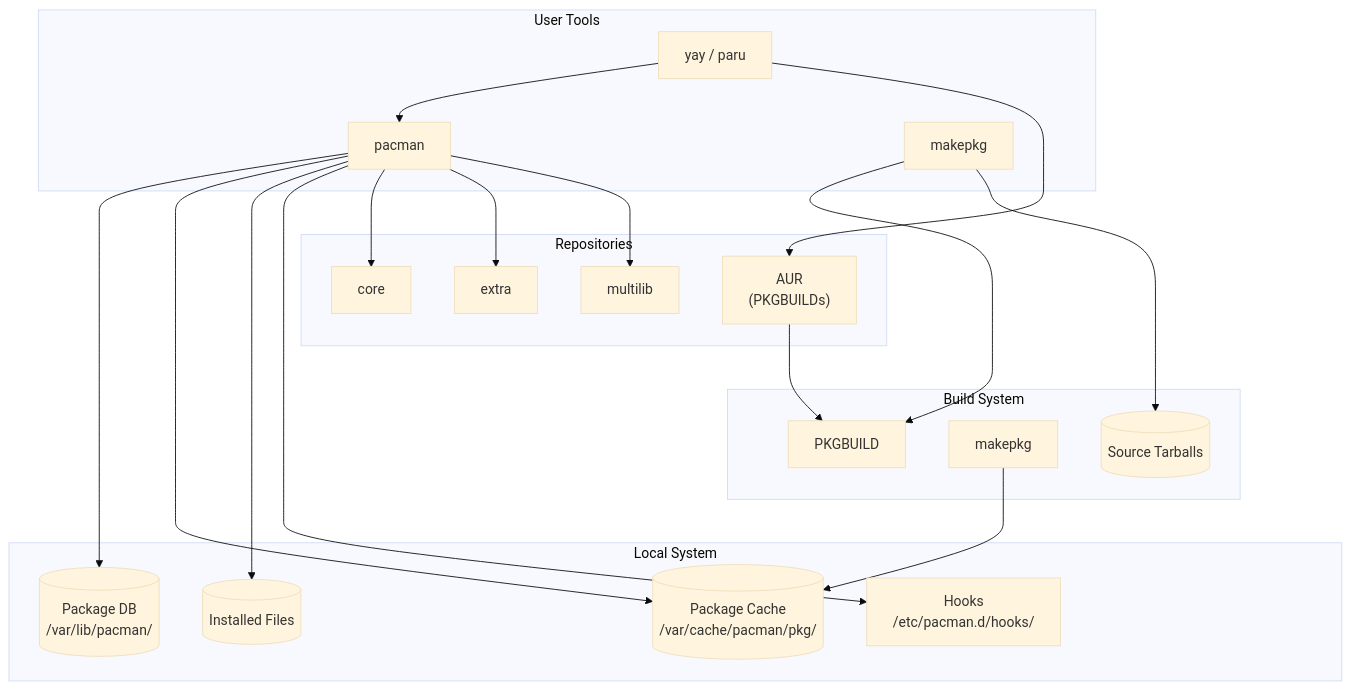
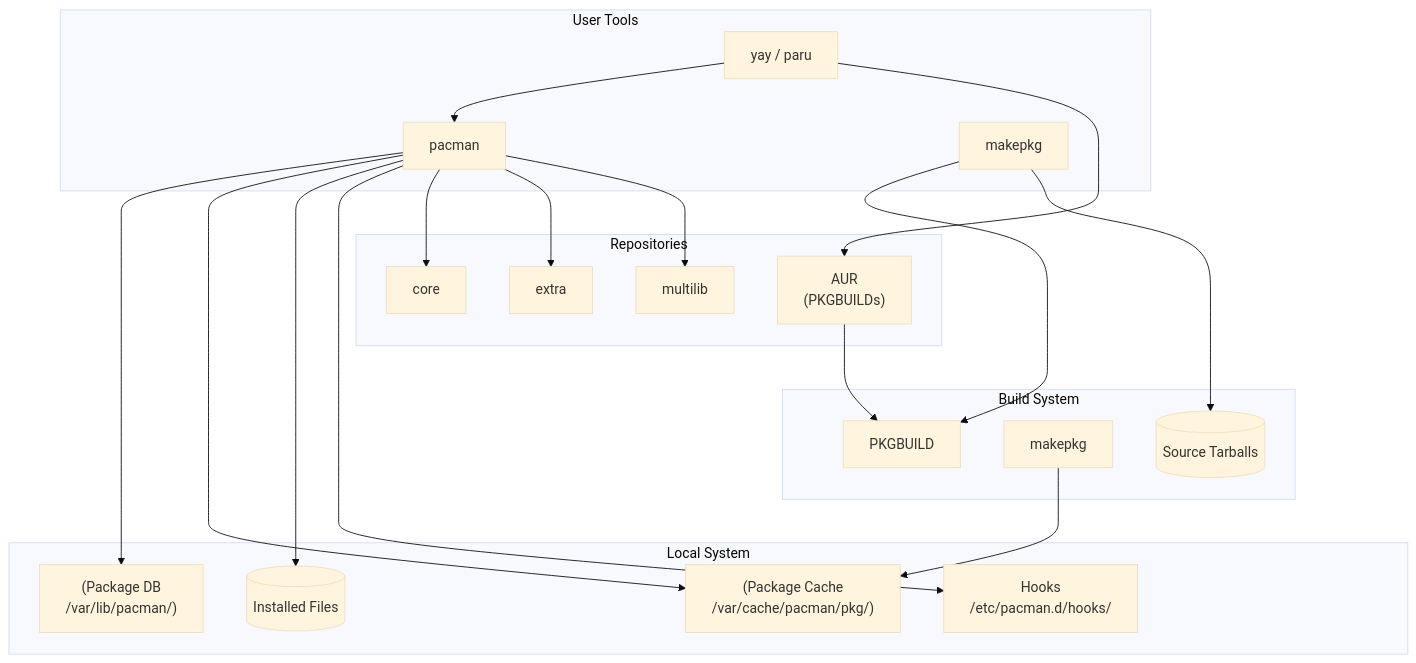
Before and after one commit to Abhinav-Kumar012/lb2: the second of 2 diagrams in src/admin/packages/pacman.md, drawn with Mermaid (base theme). The commit also changed 71 other files, not shown here.

First line of the commit message:
fix: quote all mermaid labels with special chars

````diff
--- a/src/admin/packages/pacman.md
+++ b/src/admin/packages/pacman.md
@@ -715,39 +715,39 @@
 ```mermaid
 graph TB
     subgraph "User Tools"
         PACMAN[pacman]
         MAKEPKG[makepkg]
         YAY[yay / paru]
     end
     subgraph "Repositories"
         CORE[core]
         EXTRA[extra]
         MULTILIB[multilib]
         AUR["AUR<br/>(PKGBUILDs)"]
     end
     subgraph "Local System"
-        DB[(Package DB<br/>/var/lib/pacman/)]
-        CACHE[(Package Cache<br/>/var/cache/pacman/pkg/)]
+        DB["(Package DB<br/>/var/lib/pacman/)"]
+        CACHE["(Package Cache<br/>/var/cache/pacman/pkg/)"]
         INSTALLED[(Installed Files)]
-        HOOKS[Hooks<br/>/etc/pacman.d/hooks/]
+        HOOKS["Hooks<br/>/etc/pacman.d/hooks/"]
     end
     subgraph "Build System"
         PKGBUILD[PKGBUILD]
         MAKEPKG_IN[makepkg]
         SRC[(Source Tarballs)]
     end
 
     PACMAN --> DB
     PACMAN --> CACHE
     PACMAN --> INSTALLED
     PACMAN --> HOOKS
     PACMAN --> CORE
     PACMAN --> EXTRA
     PACMAN --> MULTILIB
     YAY --> PACMAN
     YAY --> AUR
     MAKEPKG --> PKGBUILD
     MAKEPKG --> SRC
     MAKEPKG_IN --> CACHE
     AUR --> PKGBUILD
 ```
````
